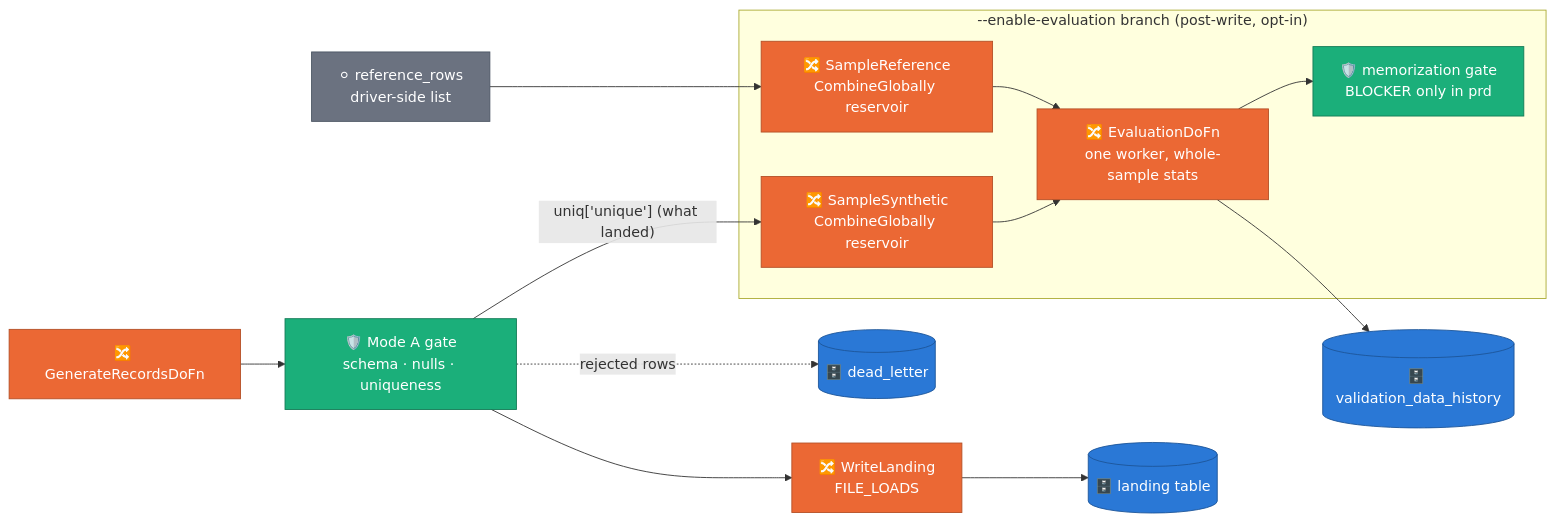
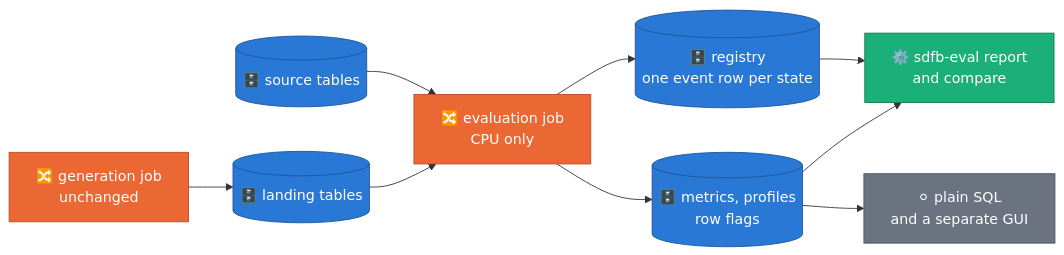
One commit to albertols/synthetic-llm-dataflow-bigquery changed the first of 33 diagrams in docs/designs/2026-07-07-evaluation-framework-design.md. Above: the diagram before and after it, drawn with Mermaid. The commit also changed other lines of this file and 787 other files, not shown here.

First line of the commit message:
feat: sdfb-evaluation (standalone evaluator, one image and template) + Synthetic Platform GUI (#32)

````diff
--- a/docs/designs/2026-07-07-evaluation-framework-design.md
+++ b/docs/designs/2026-07-07-evaluation-framework-design.md
@@ -60,24 +71,16 @@
 ```mermaid
 flowchart LR
   classDef beam  fill:#eb6834,color:#fff,stroke:#b44f26
   classDef cpu   fill:#1baf7a,color:#fff,stroke:#127a55
   classDef store fill:#2a78d6,color:#fff,stroke:#1d5599
   classDef data  fill:#6b7280,color:#fff,stroke:#4b5563
 
-  GEN["🔀 GenerateRecordsDoFn"]:::beam --> MODEA["🛡️ Mode A gate<br/>schema · nulls · uniqueness"]:::cpu
-  MODEA --> WL["🔀 WriteLanding<br/>FILE_LOADS"]:::beam
-  MODEA -. rejected rows .-> DLQ[("🗄️ dead_letter")]:::store
-  WL --> LAND[("🗄️ landing table")]:::store
-  subgraph eval ["--enable-evaluation branch (post-write, opt-in)"]
-    SREAL["🔀 SampleReference<br/>CombineGlobally reservoir"]:::beam
-    SSYN["🔀 SampleSynthetic<br/>CombineGlobally reservoir"]:::beam
-    EV["🔀 EvaluationDoFn<br/>one worker, whole-sample stats"]:::beam
-    GATE["🛡️ memorization gate<br/>BLOCKER only in prd"]:::cpu
-    SREAL --> EV
-    SSYN --> EV
-    EV --> GATE
-  end
-  REF["⚪ reference_rows<br/>driver-side list"]:::data --> SREAL
-  MODEA -- "uniq['unique'] (what landed)" --> SSYN
-  EV --> HIST[("🗄️ validation_data_history")]:::store
+  GEN["🔀 generation job<br/>unchanged"]:::beam --> LAND[("🗄️ landing tables")]:::store
+  SRC[("🗄️ source tables")]:::store --> EVAL
+  LAND --> EVAL["🔀 evaluation job<br/>CPU only"]:::beam
+  EVAL --> REG[("🗄️ registry<br/>one event row per state")]:::store
+  EVAL --> MET[("🗄️ metrics, profiles<br/>row flags")]:::store
+  REG --> CLI["⚙️ sdfb-eval report<br/>and compare"]:::cpu
+  MET --> CLI
+  MET --> SQL["⚪ plain SQL<br/>and a separate GUI"]:::data
 ```
````
